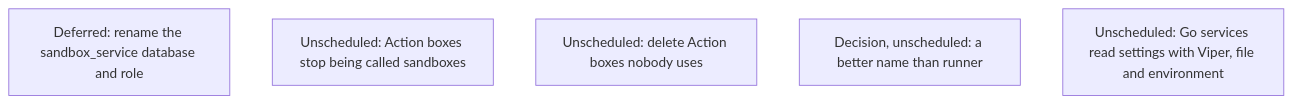
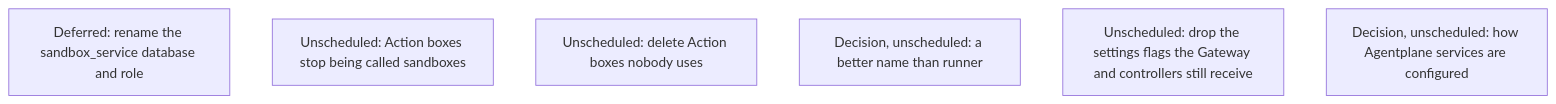
One commit to agentydragon-agent/ducktape changed diagram 12 of 17 in agentplane/plans/task_dag.md. Above: the diagram before and after it, drawn with Mermaid. The commit also changed other lines of this file and 1 other file, not shown here.

````diff
--- a/agentplane/plans/task_dag.md
+++ b/agentplane/plans/task_dag.md
@@ -1638,8 +1638,9 @@
 ```mermaid
 flowchart TD
     HISTORY_DATABASE_RENAME[Deferred: rename the sandbox_service database and role]
     ACTION_BOX_RENAME[Unscheduled: Action boxes stop being called sandboxes]
     ACTION_BOX_IDLE_REAPER[Unscheduled: delete Action boxes nobody uses]
     RUNNER_RENAME[Decision, unscheduled: a better name than runner]
-    GO_SERVICES_SETTINGS_LOADER[Unscheduled: Go services read settings with Viper, file and environment]
+    GO_SERVICES_DROP_SETTINGS_FLAGS[Unscheduled: drop the settings flags the Gateway and controllers still receive]
+    SERVICE_SETTINGS_RETHINK[Decision, unscheduled: how Agentplane services are configured]
 ```
````
